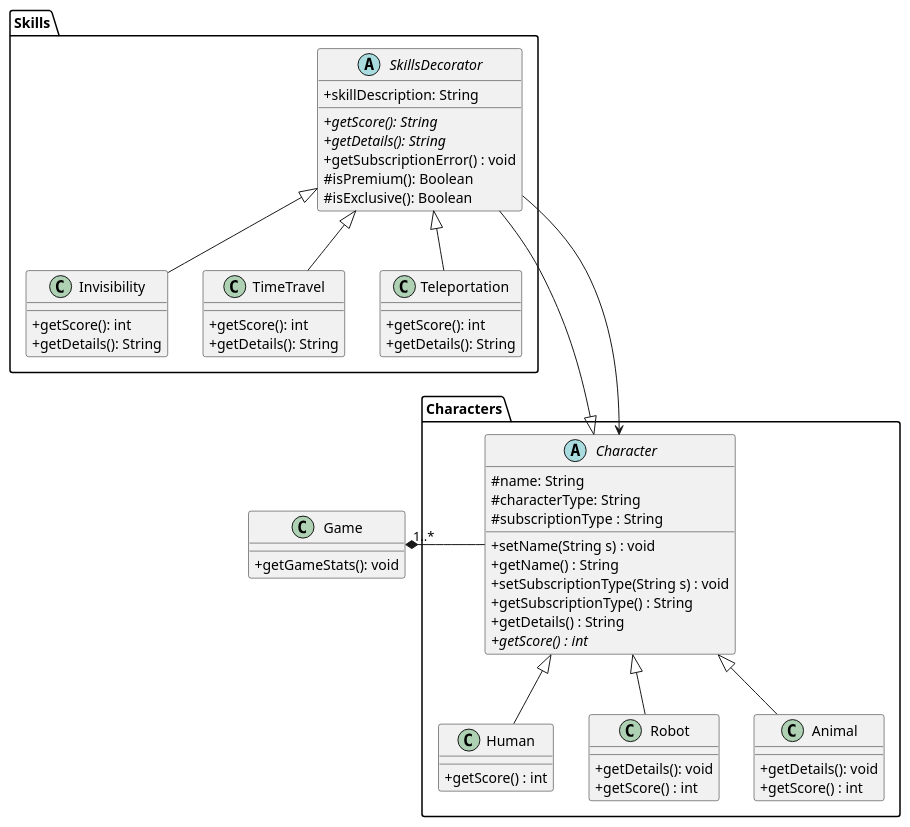
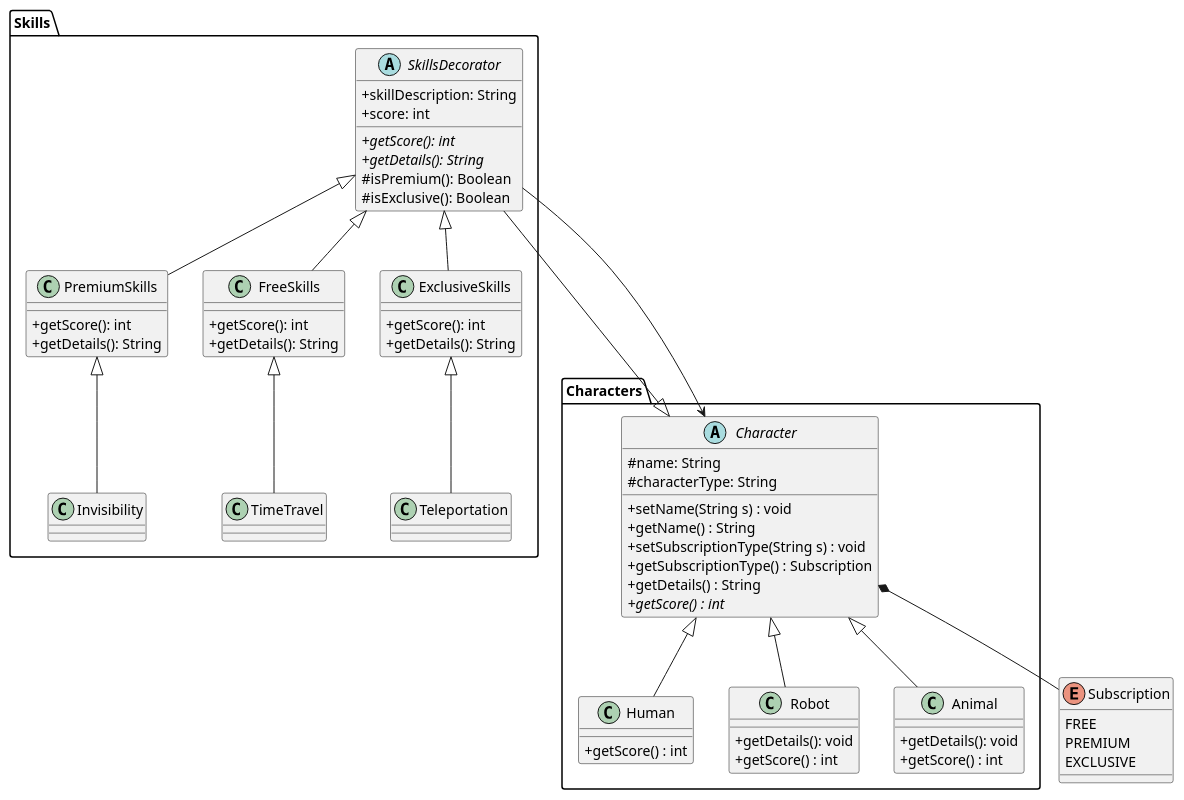
One commit to StephCol/DesignPatterns changed the diagram in Patterns/src/Decorator/ClassDiagram.puml. Above: the diagram before and after it, drawn with PlantUML. The commit also changed 14 other files, not shown here.

```diff
--- a/Patterns/src/Decorator/ClassDiagram.puml
+++ b/Patterns/src/Decorator/ClassDiagram.puml
@@ -1,78 +1,82 @@
 @startuml
 skinParam classAttributeIconSize 0
-
-class Game{
-+ getGameStats(): void
-}
-
-Game "1..*" *- Characters.Character
 
 abstract class Characters.Character{
     #name: String
     #characterType: String
-    #subscriptionType : String
 
     +setName(String s) : void
     +getName() : String
     +setSubscriptionType(String s) : void
-    +getSubscriptionType() : String
+    +getSubscriptionType() : Subscription
     +getDetails() : String
     {abstract} +getScore() : int
 }
 
 
 abstract class Skills.SkillsDecorator{
     +skillDescription: String
+    +score: int
 
-    +{abstract} getScore(): String
+    +{abstract} getScore(): int
     +{abstract} getDetails(): String
-    +getSubscriptionError() : void
     #isPremium(): Boolean
     #isExclusive(): Boolean
+}
+
+class Skills.PremiumSkills{
+    + getScore(): int
+    +getDetails(): String
+}
+
+class Skills.FreeSkills{
+    + getScore(): int
+    +getDetails(): String
+}
+
+class Skills.ExclusiveSkills{
+    + getScore(): int
+    +getDetails(): String
 }
 
 Characters.Character <|-- Skills.SkillsDecorator
 Skills.SkillsDecorator ---> Characters.Character
 
 class Characters.Human{
     + getScore() : int
 }
 
 class Characters.Robot{
     + getDetails(): void
     + getScore() : int
 }
 
 class Characters.Animal{
     + getDetails(): void
     + getScore() : int
 }
 
-
-
-class Skills.Invisibility{
-    +getScore(): int
-    +getDetails(): String
+enum Subscription{
+FREE
+PREMIUM
+EXCLUSIVE
 }
 
-class Skills.TimeTravel{
-    +getScore(): int
-    +getDetails(): String
-}
+Characters.Character *-- Subscription
 
-class Skills.Teleportation{
-    +getScore(): int
-    +getDetails(): String
-}
 
 Characters.Character <|-- Characters.Human
 Characters.Character <|-- Characters.Robot
 Characters.Character <|-- Characters.Animal
 
-Skills.SkillsDecorator <|-- Skills.Teleportation
-Skills.SkillsDecorator <|-- Skills.TimeTravel
-Skills.SkillsDecorator <|-- Skills.Invisibility
+Skills.SkillsDecorator <|-- Skills.PremiumSkills
+Skills.SkillsDecorator <|-- Skills.ExclusiveSkills
+Skills.SkillsDecorator <|-- Skills.FreeSkills
+
+Skills.ExclusiveSkills <|-- Skills.Teleportation
+Skills.FreeSkills <|-- Skills.TimeTravel
+Skills.PremiumSkills <|-- Skills.Invisibility
 
 
 
 @enduml
```
